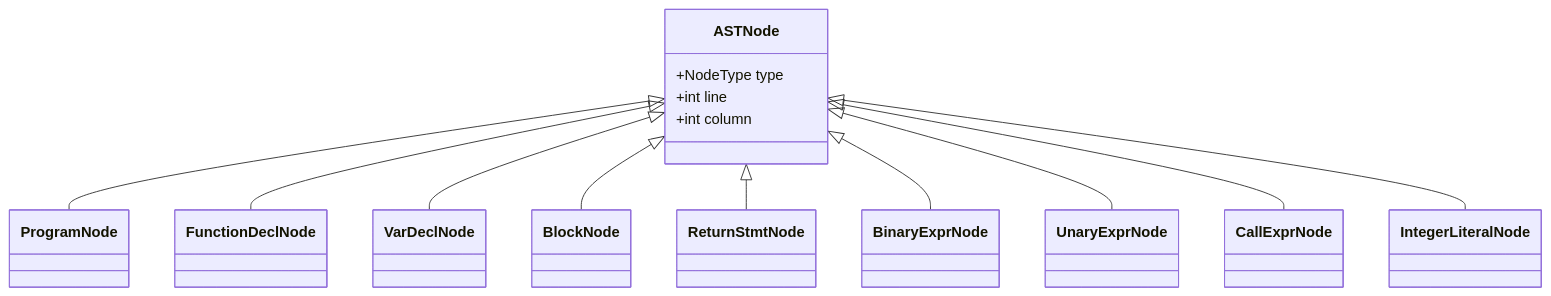
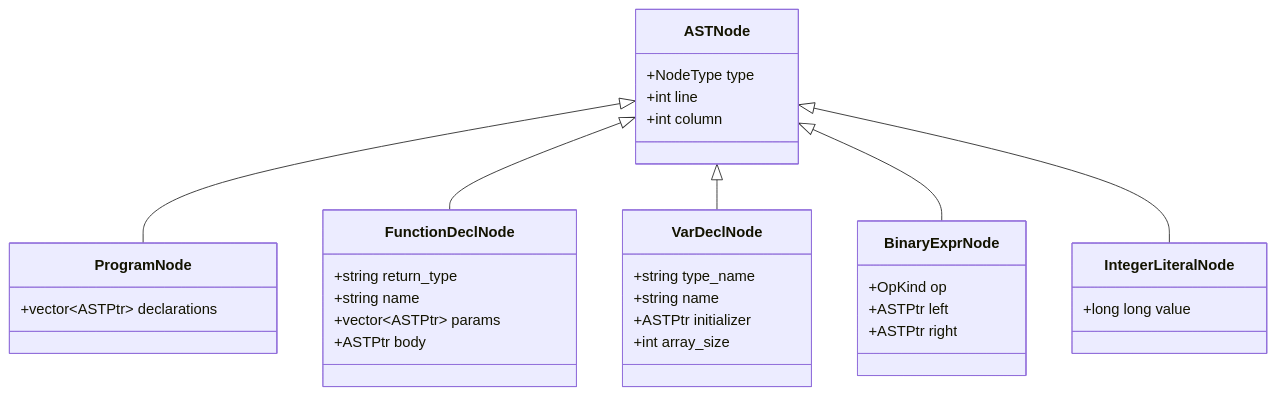
One commit to juno-yu/simple-howto-c-compiler-ximplec changed the diagram in 0002-ast/README.md. Above: the diagram before and after it, drawn with Mermaid. The commit also changed other lines of this file and 131 other files, not shown here.

````diff
--- a/0002-ast/README.md
+++ b/0002-ast/README.md
@@ -11,17 +15,36 @@
 ```mermaid
 classDiagram
     class ASTNode {
         +NodeType type
         +int line
         +int column
     }
+    class ProgramNode {
+        +vector~ASTPtr~ declarations
+    }
+    class FunctionDeclNode {
+        +string return_type
+        +string name
+        +vector~ASTPtr~ params
+        +ASTPtr body
+    }
+    class VarDeclNode {
+        +string type_name
+        +string name
+        +ASTPtr initializer
+        +int array_size
+    }
+    class BinaryExprNode {
+        +OpKind op
+        +ASTPtr left
+        +ASTPtr right
+    }
+    class IntegerLiteralNode {
+        +long long value
+    }
     ASTNode <|-- ProgramNode
     ASTNode <|-- FunctionDeclNode
     ASTNode <|-- VarDeclNode
-    ASTNode <|-- BlockNode
-    ASTNode <|-- ReturnStmtNode
     ASTNode <|-- BinaryExprNode
-    ASTNode <|-- UnaryExprNode
-    ASTNode <|-- CallExprNode
     ASTNode <|-- IntegerLiteralNode
 ```
````
